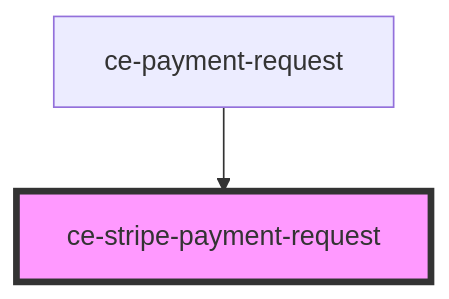
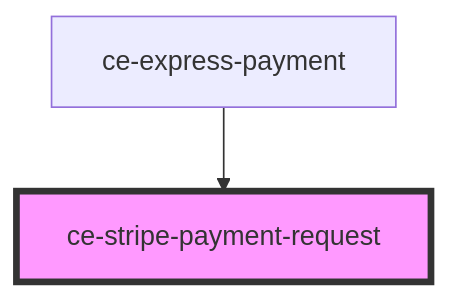
Before and after one commit to surecart/surecart-wp-plugin: the diagram in packages/components/src/components/ui/stripe-payment-request/readme.md, drawn with Mermaid. The commit also changed other lines of this file and 59 other files, not shown here.

````diff
--- a/packages/components/src/components/ui/stripe-payment-request/readme.md
+++ b/packages/components/src/components/ui/stripe-payment-request/readme.md
@@ -49,5 +50,5 @@
 ```mermaid
 graph TD;
-  ce-payment-request --> ce-stripe-payment-request
+  ce-express-payment --> ce-stripe-payment-request
   style ce-stripe-payment-request fill:#f9f,stroke:#333,stroke-width:4px
 ```
````
